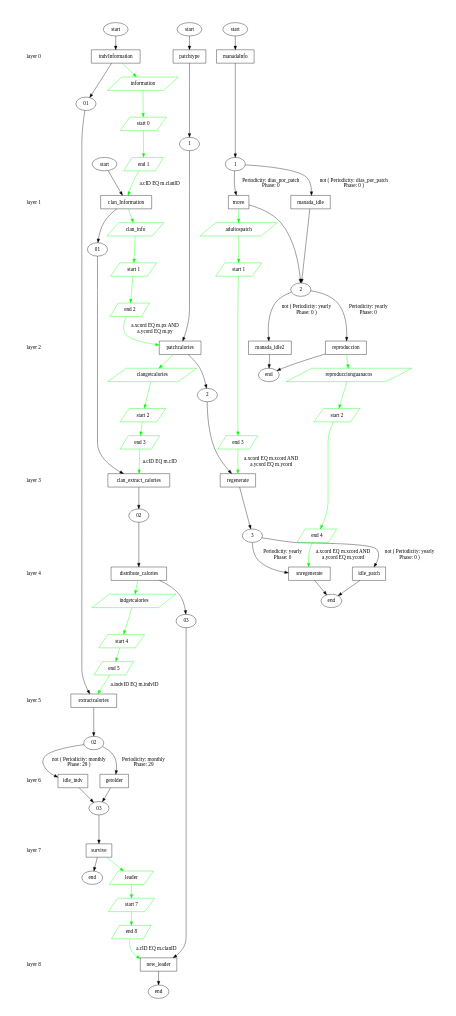
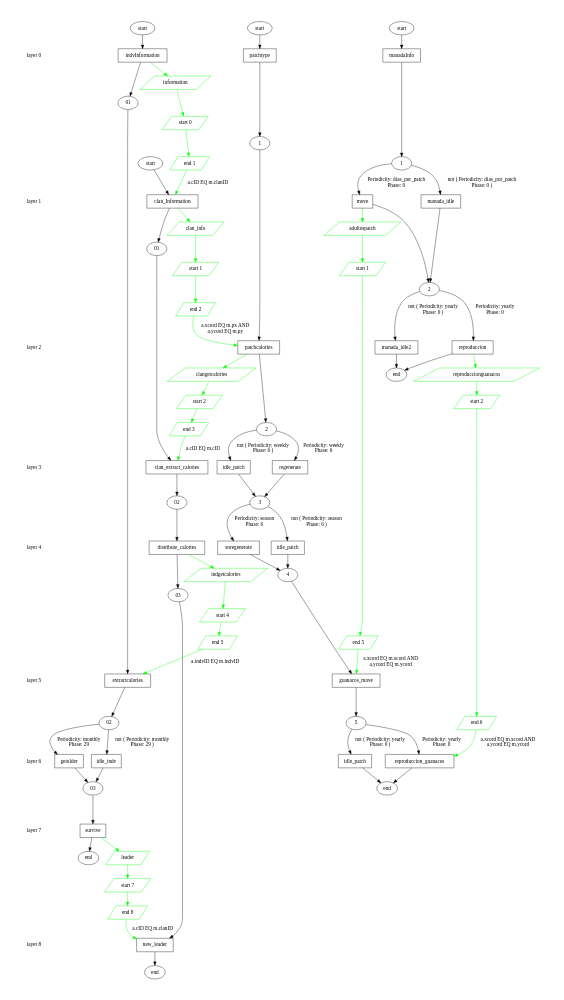
Before and after one commit to andresroro/patagonia: the diagram in stategraph.dot, drawn with Graphviz. The commit also changed 32 other files, not shown here.

```diff
--- a/stategraph.dot
+++ b/stategraph.dot
@@ -69,6 +69,8 @@
 	clan_01 [label = "01"]
 	clan_start [label = "start"]
 	patch_end [label = "end"]
+	patch_5 [label = "5"]
+	patch_4 [label = "4"]
 	patch_3 [label = "3"]
 	patch_2 [label = "2"]
 	patch_1 [label = "1"]
@@ -91,8 +93,12 @@
 	patch_patchtype_start_1 [label = "patchtype", shape = rect]
 	patch_patchcalories_1_2 [label = "patchcalories", shape = rect]
 	patch_regenerate_2_3 [label = "regenerate", shape = rect]
-	patch_snregenerate_3_end [label = "snregenerate", shape = rect]
-	patch_idle_patch_3_end [label = "idle_patch", shape = rect]
+	patch_idle_patch_2_3 [label = "idle_patch", shape = rect]
+	patch_snregenerate_3_4 [label = "snregenerate", shape = rect]
+	patch_idle_patch_3_4 [label = "idle_patch", shape = rect]
+	patch_guanacos_move_4_5 [label = "guanacos_move", shape = rect]
+	patch_reproduccion_guanacos_5_end [label = "reproduccion_guanacos", shape = rect]
+	patch_idle_patch_5_end [label = "idle_patch", shape = rect]
 	manada_guanacos_manadaInfo_start_1 [label = "manadaInfo", shape = rect]
 	manada_guanacos_manada_idle_1_2 [label = "manada_idle", shape = rect]
 	manada_guanacos_move_1_2 [label = "move", shape = rect]
@@ -134,14 +140,14 @@
 	adultospatch_message -> adultospatch_message_start_0 [ color="#00ff00" ];
 	adultospatch_message_start_0 [ label = "start 1" color="#00ff00" shape = parallelogram];
 	adultospatch_message_start_0 -> adultospatch_message_end_0 [ color="#00ff00" ];
-	adultospatch_message_end_0 [ label = "end 3" color="#00ff00" shape = parallelogram];
-	adultospatch_message_end_0 -> patch_regenerate_2_3 [ color="#00ff00" label = "a.xcord EQ m.xcord AND\na.ycord EQ m.ycord" ];
+	adultospatch_message_end_0 [ label = "end 5" color="#00ff00" shape = parallelogram];
+	adultospatch_message_end_0 -> patch_guanacos_move_4_5 [ color="#00ff00" label = "a.xcord EQ m.xcord AND\na.ycord EQ m.ycord" ];
 	reproduccionguanacos_message [ label = "reproduccionguanacos" color="#00ff00" shape = parallelogram];
 	reproduccionguanacos_message -> reproduccionguanacos_message_start_0 [ color="#00ff00" ];
 	reproduccionguanacos_message_start_0 [ label = "start 2" color="#00ff00" shape = parallelogram];
 	reproduccionguanacos_message_start_0 -> reproduccionguanacos_message_end_0 [ color="#00ff00" ];
-	reproduccionguanacos_message_end_0 [ label = "end 4" color="#00ff00" shape = parallelogram];
-	reproduccionguanacos_message_end_0 -> patch_snregenerate_3_end [ color="#00ff00" label = "a.xcord EQ m.xcord AND\na.ycord EQ m.ycord" ];
+	reproduccionguanacos_message_end_0 [ label = "end 6" color="#00ff00" shape = parallelogram];
+	reproduccionguanacos_message_end_0 -> patch_reproduccion_guanacos_5_end [ color="#00ff00" label = "a.xcord EQ m.xcord AND\na.ycord EQ m.ycord" ];
 	
 	/* Transitions */
 	indv_start -> indv_indvInformation_start_01;
@@ -166,12 +172,20 @@
 	patch_patchtype_start_1 -> patch_1;
 	patch_1 -> patch_patchcalories_1_2;
 	patch_patchcalories_1_2 -> patch_2;
-	patch_2 -> patch_regenerate_2_3;
+	patch_2 -> patch_regenerate_2_3 [ label = "Periodicity: weekly\nPhase: 6"];
 	patch_regenerate_2_3 -> patch_3;
-	patch_3 -> patch_snregenerate_3_end [ label = "Periodicity: yearly\nPhase: 0"];
-	patch_snregenerate_3_end -> patch_end;
-	patch_3 -> patch_idle_patch_3_end [ label = "not ( Periodicity: yearly\nPhase: 0 )"];
-	patch_idle_patch_3_end -> patch_end;
+	patch_2 -> patch_idle_patch_2_3 [ label = "not ( Periodicity: weekly\nPhase: 6 )"];
+	patch_idle_patch_2_3 -> patch_3;
+	patch_3 -> patch_snregenerate_3_4 [ label = "Periodicity: season\nPhase: 6"];
+	patch_snregenerate_3_4 -> patch_4;
+	patch_3 -> patch_idle_patch_3_4 [ label = "not ( Periodicity: season\nPhase: 6 )"];
+	patch_idle_patch_3_4 -> patch_4;
+	patch_4 -> patch_guanacos_move_4_5;
+	patch_guanacos_move_4_5 -> patch_5;
+	patch_5 -> patch_reproduccion_guanacos_5_end [ label = "Periodicity: yearly\nPhase: 0"];
+	patch_reproduccion_guanacos_5_end -> patch_end;
+	patch_5 -> patch_idle_patch_5_end [ label = "not ( Periodicity: yearly\nPhase: 0 )"];
+	patch_idle_patch_5_end -> patch_end;
 	manada_guanacos_start -> manada_guanacos_manadaInfo_start_1;
 	manada_guanacos_manadaInfo_start_1 -> manada_guanacos_1;
 	manada_guanacos_1 -> manada_guanacos_manada_idle_1_2 [ label = "not ( Periodicity: dias_por_patch\nPhase: 0 )"];
@@ -200,17 +214,17 @@
 	{ rank=same; layer_2;  patch_patchcalories_1_2;  manada_guanacos_reproduccion_2_end;  manada_guanacos_manada_idle2_2_end; }
 	{ rank=same; layer_2_b; clan_info_message_end_0; }
 	{ rank=same; layer_2_a; clangetcalories_message_start_0; reproduccionguanacos_message_start_0; }
-	{ rank=same; layer_3;  clan_clan_extract_calories_01_02;  patch_regenerate_2_3; }
-	{ rank=same; layer_3_b; clangetcalories_message_end_0; adultospatch_message_end_0; }
+	{ rank=same; layer_3;  clan_clan_extract_calories_01_02;  patch_regenerate_2_3;  patch_idle_patch_2_3; }
+	{ rank=same; layer_3_b; clangetcalories_message_end_0; }
 	{ rank=same; layer_3_a; }
-	{ rank=same; layer_4;  clan_distribute_calories_02_03;  patch_snregenerate_3_end;  patch_idle_patch_3_end; }
-	{ rank=same; layer_4_b; reproduccionguanacos_message_end_0; }
+	{ rank=same; layer_4;  clan_distribute_calories_02_03;  patch_snregenerate_3_4;  patch_idle_patch_3_4; }
+	{ rank=same; layer_4_b; }
 	{ rank=same; layer_4_a; indgetcalories_message_start_0; }
-	{ rank=same; layer_5;  indv_extractcalories_01_02; }
-	{ rank=same; layer_5_b; indgetcalories_message_end_0; }
+	{ rank=same; layer_5;  indv_extractcalories_01_02;  patch_guanacos_move_4_5; }
+	{ rank=same; layer_5_b; indgetcalories_message_end_0; adultospatch_message_end_0; }
 	{ rank=same; layer_5_a; }
-	{ rank=same; layer_6;  indv_getolder_02_03;  indv_idle_indv_02_03; }
-	{ rank=same; layer_6_b; }
+	{ rank=same; layer_6;  indv_getolder_02_03;  indv_idle_indv_02_03;  patch_reproduccion_guanacos_5_end;  patch_idle_patch_5_end; }
+	{ rank=same; layer_6_b; reproduccionguanacos_message_end_0; }
 	{ rank=same; layer_6_a; }
 	{ rank=same; layer_7;  indv_survive_03_end; }
 	{ rank=same; layer_7_b; }
```
